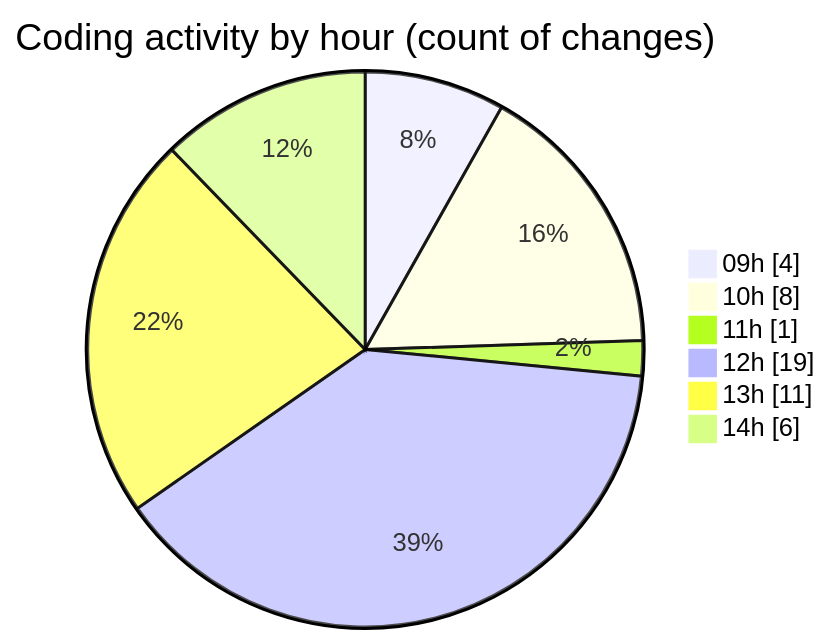
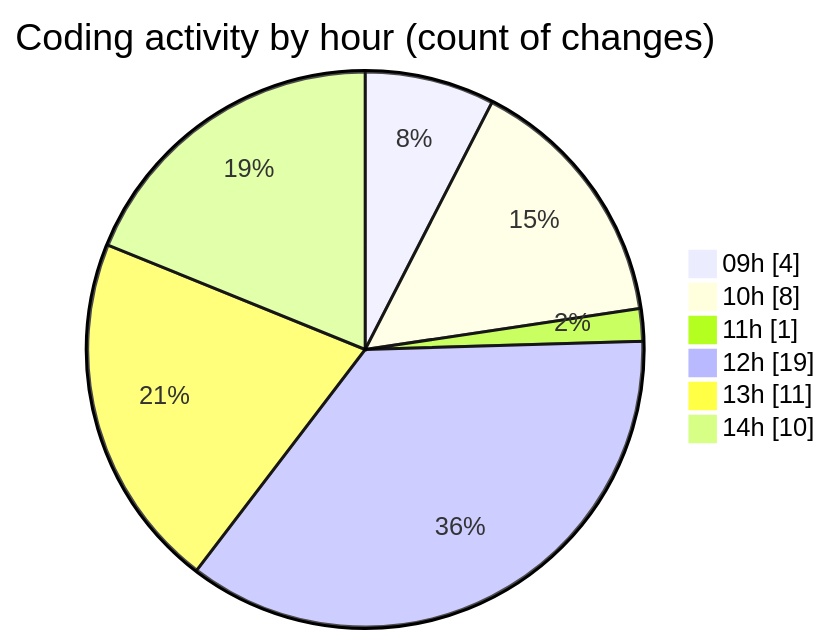
One commit to nxtqubesakshisongat/code-tracking changed the second of 2 diagrams in 2026-02-18/nxtqube_webapp/README.md. Above: the diagram before and after it, drawn with Mermaid. The commit also changed other lines of this file and 1 other file, not shown here.

````diff
--- a/2026-02-18/nxtqube_webapp/README.md
+++ b/2026-02-18/nxtqube_webapp/README.md
@@ -36,10 +36,10 @@
 ```mermaid
 pie showData
 title Coding activity by hour (count of changes)
 "09h" : 4
 "10h" : 8
 "11h" : 1
 "12h" : 19
 "13h" : 11
-"14h" : 6
+"14h" : 10
 ```
````
